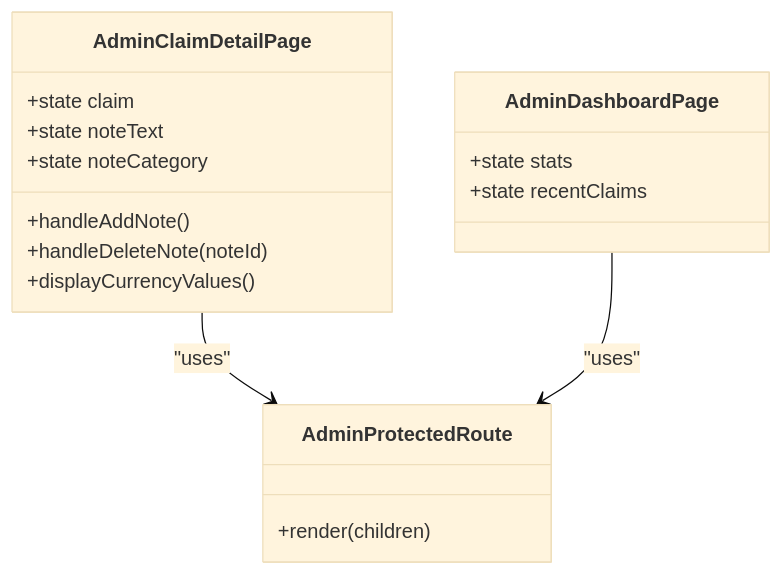
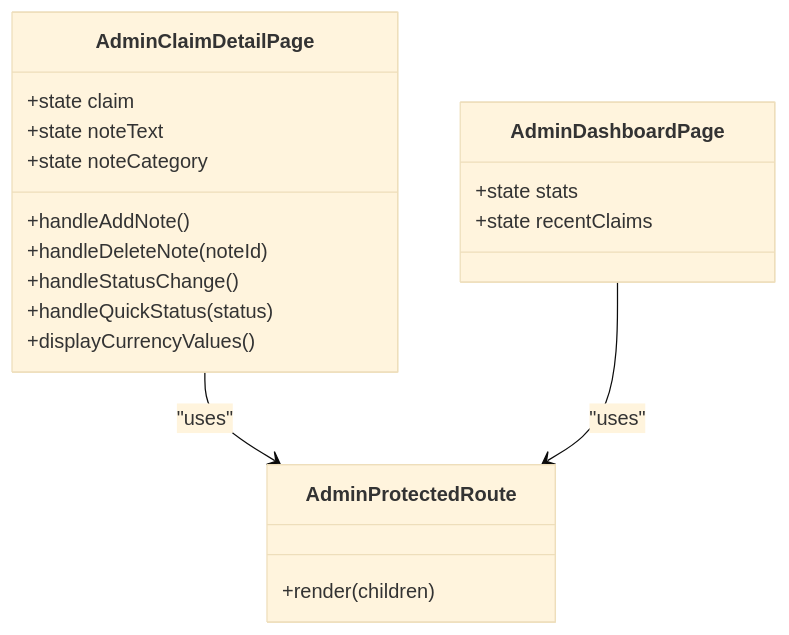
The sixth of 7 diagrams in .qoder/repowiki/en/content/Frontend Documentation/Pages and Views/Admin Pages/Admin Note System.md (NaveenHiranya/Smart-Vehicle-Insurance-Claim-System), drawn with Mermaid (base theme) before and after one commit. The commit also changed other lines of this file and 33 other files, not shown here.

````diff
--- a/.qoder/repowiki/en/content/Frontend Documentation/Pages and Views/Admin Pages/Admin Note System.md
+++ b/.qoder/repowiki/en/content/Frontend Documentation/Pages and Views/Admin Pages/Admin Note System.md
@@ -270,20 +279,22 @@
 ```mermaid
 classDiagram
 class AdminClaimDetailPage {
 +state claim
 +state noteText
 +state noteCategory
 +handleAddNote()
 +handleDeleteNote(noteId)
++handleStatusChange()
++handleQuickStatus(status)
 +displayCurrencyValues()
 }
 class AdminProtectedRoute {
 +render(children)
 }
 class AdminDashboardPage {
 +state stats
 +state recentClaims
 }
 AdminClaimDetailPage --> AdminProtectedRoute : "uses"
 AdminDashboardPage --> AdminProtectedRoute : "uses"
 ```
````
